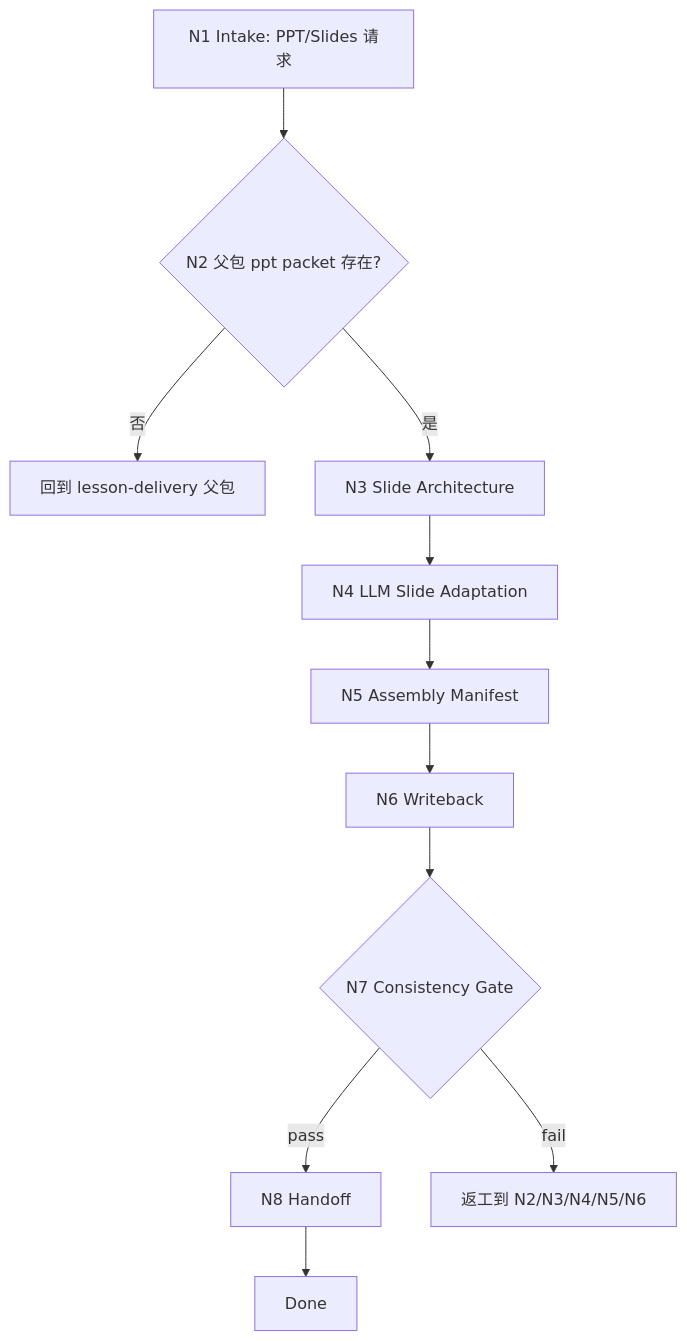
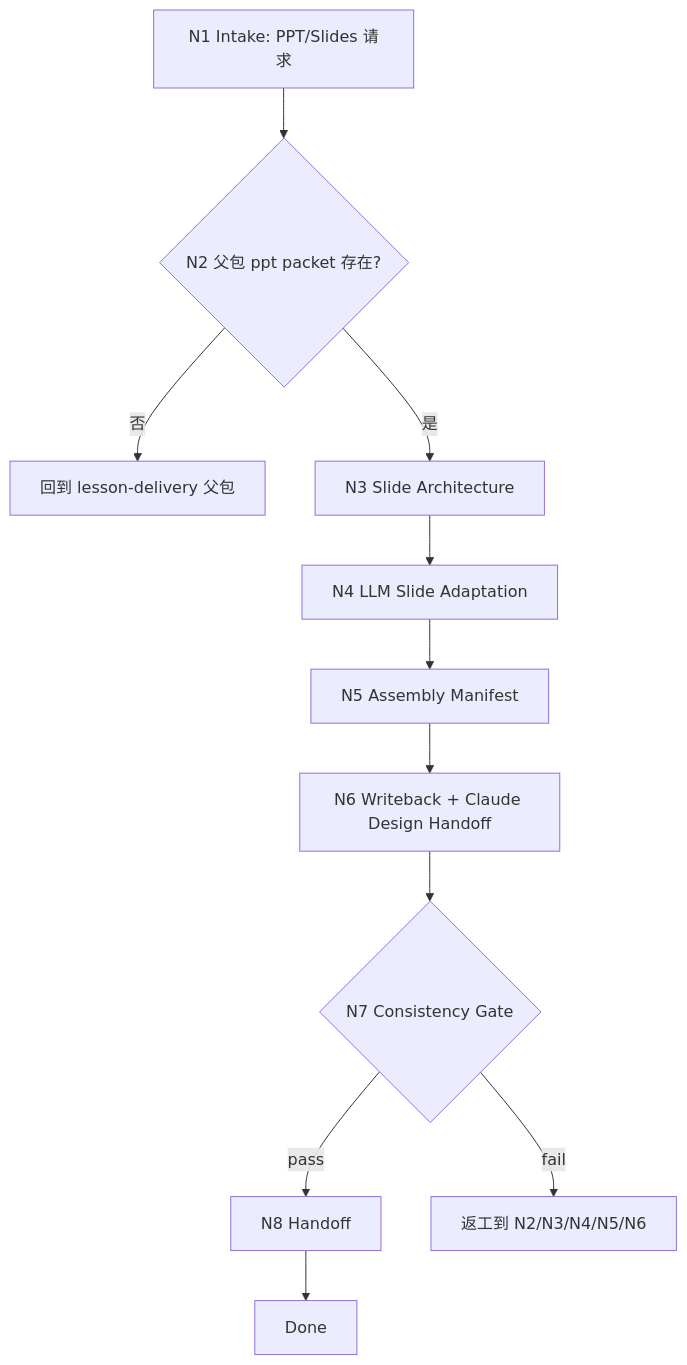
The diagram in .agents/skills/lesson/8-多端交付生成/ppt/SKILL.md (ZEN-VOID/AI-CUT), drawn with Mermaid before and after one commit. The commit also changed other lines of this file and 182 other files, not shown here.

````diff
--- a/.agents/skills/lesson/8-多端交付生成/ppt/SKILL.md
+++ b/.agents/skills/lesson/8-多端交付生成/ppt/SKILL.md
@@ -159,13 +169,13 @@
 ```mermaid
 flowchart TD
     A["N1 Intake: PPT/Slides 请求"] --> B{"N2 父包 ppt packet 存在?"}
     B -->|"否"| X["回到 lesson-delivery 父包"]
     B -->|"是"| C["N3 Slide Architecture"]
     C --> D["N4 LLM Slide Adaptation"]
     D --> E["N5 Assembly Manifest"]
-    E --> F["N6 Writeback"]
+    E --> F["N6 Writeback + Claude Design Handoff"]
     F --> G{"N7 Consistency Gate"}
     G -->|"pass"| H["N8 Handoff"]
     G -->|"fail"| R["返工到 N2/N3/N4/N5/N6"]
     H --> I["Done"]
 ```
````
